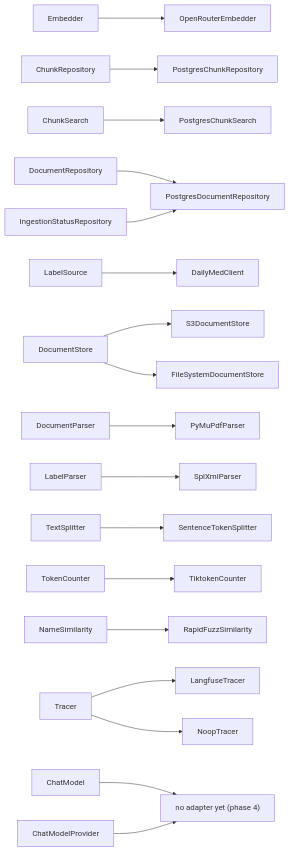
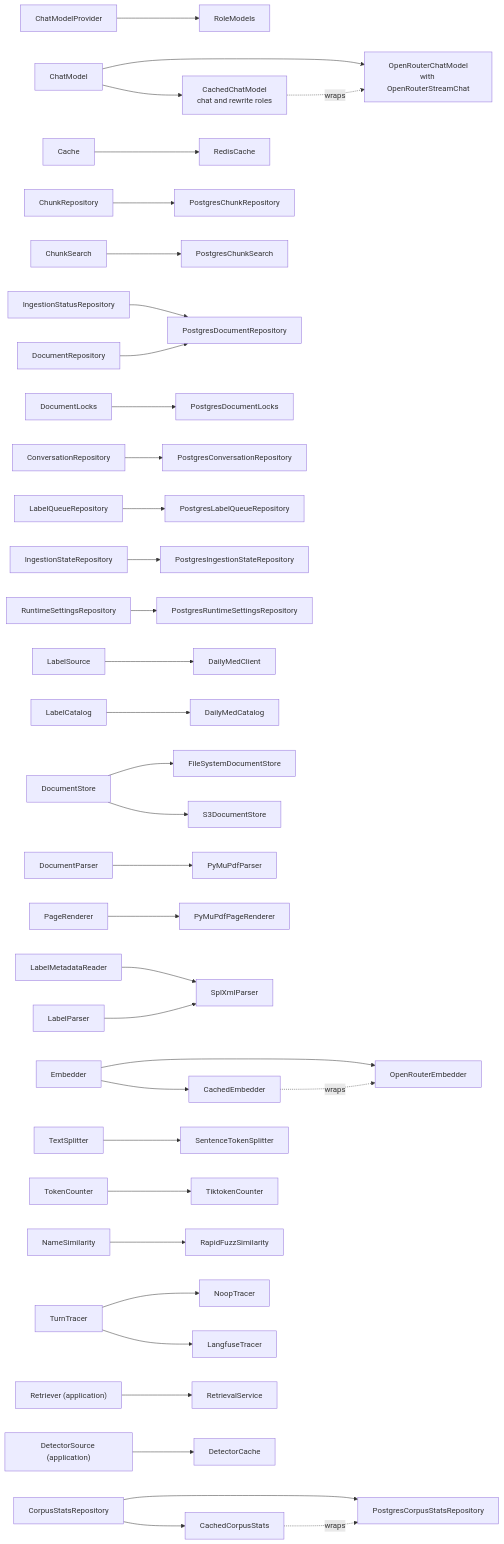
One commit to G-MAKROGLOU/docuchat changed the second of 2 diagrams in docs/diagrams/backend-layers.md. Above: the diagram before and after it, drawn with Mermaid. The commit also changed other lines of this file and 6 other files, not shown here.

Commit message:
docs: update the architecture diagrams to the current code

````diff
--- a/docs/diagrams/backend-layers.md
+++ b/docs/diagrams/backend-layers.md
@@ -101,20 +100,38 @@
 ```mermaid
 flowchart LR
+    ChatModelProvider --> RoleModels
+    ChatModel --> CachedChatModel["CachedChatModel<br/>chat and rewrite roles"]
+    ChatModel --> OpenRouterChatModel["OpenRouterChatModel<br/>with OpenRouterStreamChat"]
+    CachedChatModel -.->|wraps| OpenRouterChatModel
+    Embedder --> CachedEmbedder
     Embedder --> OpenRouterEmbedder
+    CachedEmbedder -.->|wraps| OpenRouterEmbedder
+    Cache --> RedisCache
     ChunkRepository --> PostgresChunkRepository
     ChunkSearch --> PostgresChunkSearch
     DocumentRepository --> PostgresDocumentRepository
     IngestionStatusRepository --> PostgresDocumentRepository
+    DocumentLocks --> PostgresDocumentLocks
+    ConversationRepository --> PostgresConversationRepository
+    LabelQueueRepository --> PostgresLabelQueueRepository
+    IngestionStateRepository --> PostgresIngestionStateRepository
+    RuntimeSettingsRepository --> PostgresRuntimeSettingsRepository
+    CorpusStatsRepository --> CachedCorpusStats
+    CorpusStatsRepository --> PostgresCorpusStatsRepository
+    CachedCorpusStats -.->|wraps| PostgresCorpusStatsRepository
     LabelSource --> DailyMedClient
+    LabelCatalog --> DailyMedCatalog
     DocumentStore --> S3DocumentStore
     DocumentStore --> FileSystemDocumentStore
     DocumentParser --> PyMuPdfParser
+    PageRenderer --> PyMuPdfPageRenderer
     LabelParser --> SplXmlParser
+    LabelMetadataReader --> SplXmlParser
     TextSplitter --> SentenceTokenSplitter
     TokenCounter --> TiktokenCounter
     NameSimilarity --> RapidFuzzSimilarity
-    Tracer --> LangfuseTracer
-    Tracer --> NoopTracer
-    ChatModel --> none1["no adapter yet (phase 4)"]
-    ChatModelProvider --> none1
+    TurnTracer --> LangfuseTracer
+    TurnTracer --> NoopTracer
+    Retriever["Retriever (application)"] --> RetrievalService
+    DetectorSource["DetectorSource (application)"] --> DetectorCache
 ```
````
